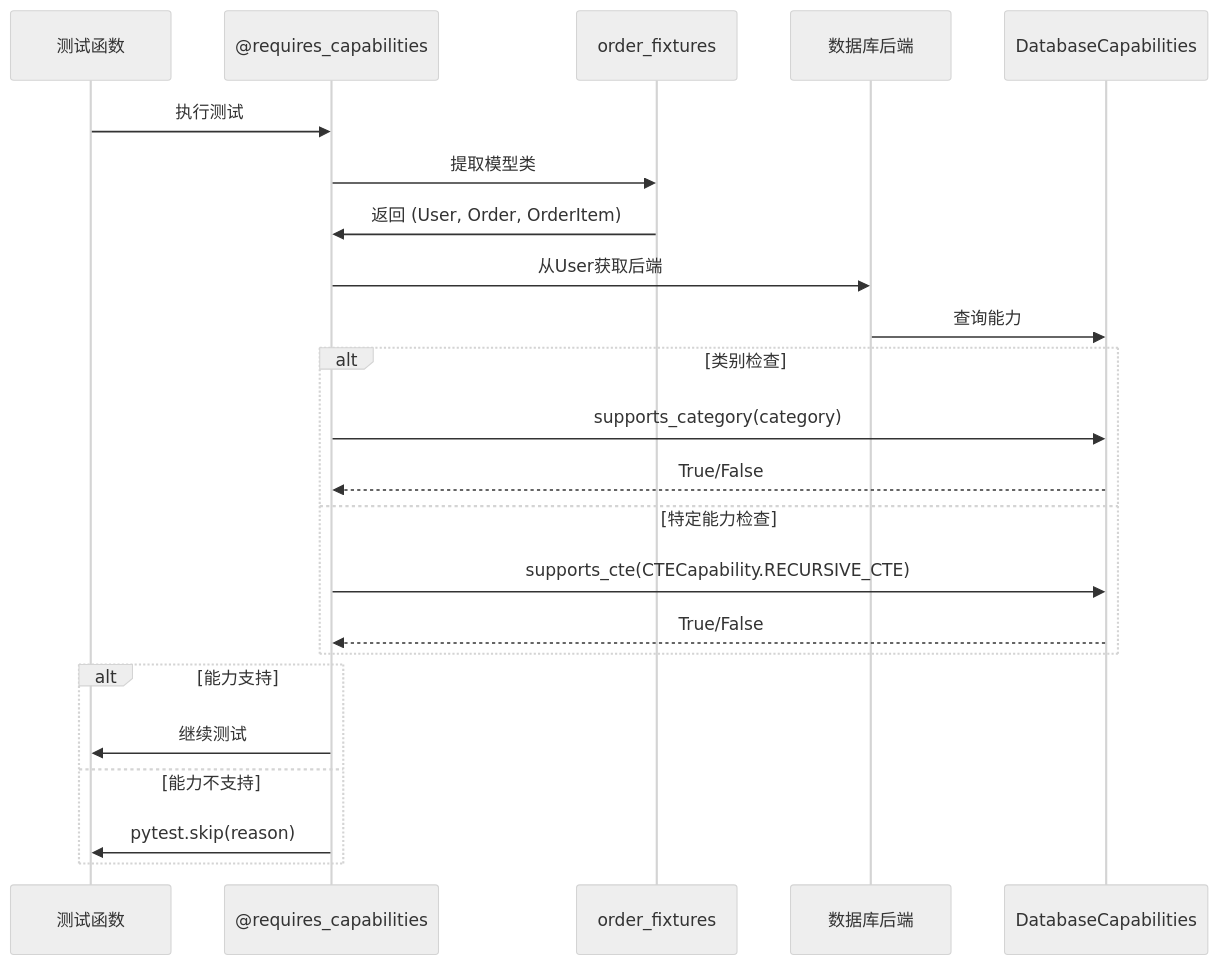
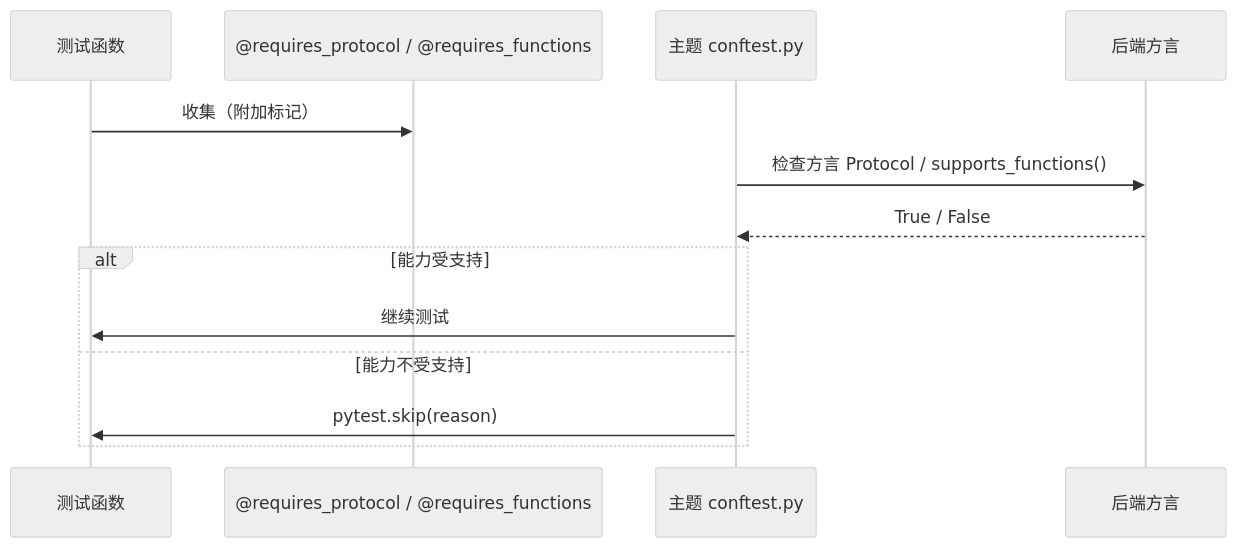
One commit to rhosocial/python-activerecord-testsuite changed the diagram in docs/zh_CN/configuration.md. Above: the diagram before and after it, drawn with Mermaid (neutral theme). The commit also changed other lines of this file and 5 other files, not shown here.

````diff
--- a/docs/zh_CN/configuration.md
+++ b/docs/zh_CN/configuration.md
@@ -245,28 +173,17 @@
 ```mermaid
 sequenceDiagram
     participant Test as 测试函数
-    participant Decorator as @requires_capabilities
-    participant Fixture as order_fixtures
-    participant Backend as 数据库后端
-    participant Caps as DatabaseCapabilities
+    participant Marker as @requires_protocol / @requires_functions
+    participant Conftest as 主题 conftest.py
+    participant Dialect as 后端方言
     
-    Test->>Decorator: 执行测试
-    Decorator->>Fixture: 提取模型类
-    Fixture->>Decorator: 返回 (User, Order, OrderItem)
-    Decorator->>Backend: 从User获取后端
-    Backend->>Caps: 查询能力
+    Test->>Marker: 收集（附加标记）
+    Conftest->>Dialect: 检查方言 Protocol / supports_functions()
+    Dialect-->>Conftest: True / False
     
-    alt 类别检查
-        Decorator->>Caps: supports_category(category)
-        Caps-->>Decorator: True/False
-    else 特定能力检查
-        Decorator->>Caps: supports_cte(CTECapability.RECURSIVE_CTE)
-        Caps-->>Decorator: True/False
-    end
-    
-    alt 能力支持
-        Decorator->>Test: 继续测试
-    else 能力不支持
-        Decorator->>Test: pytest.skip(reason)
+    alt 能力受支持
+        Conftest->>Test: 继续测试
+    else 能力不受支持
+        Conftest->>Test: pytest.skip(reason)
     end
 ```
````
